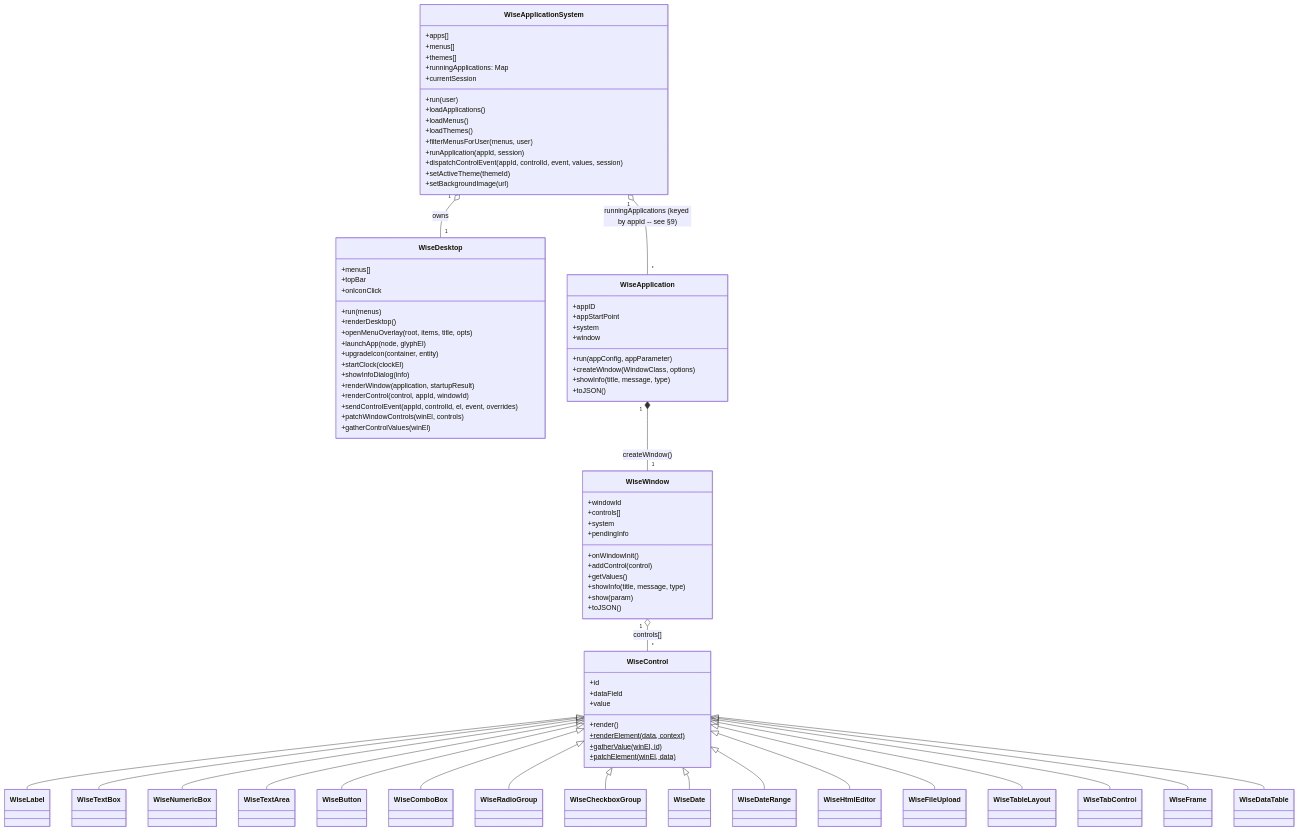
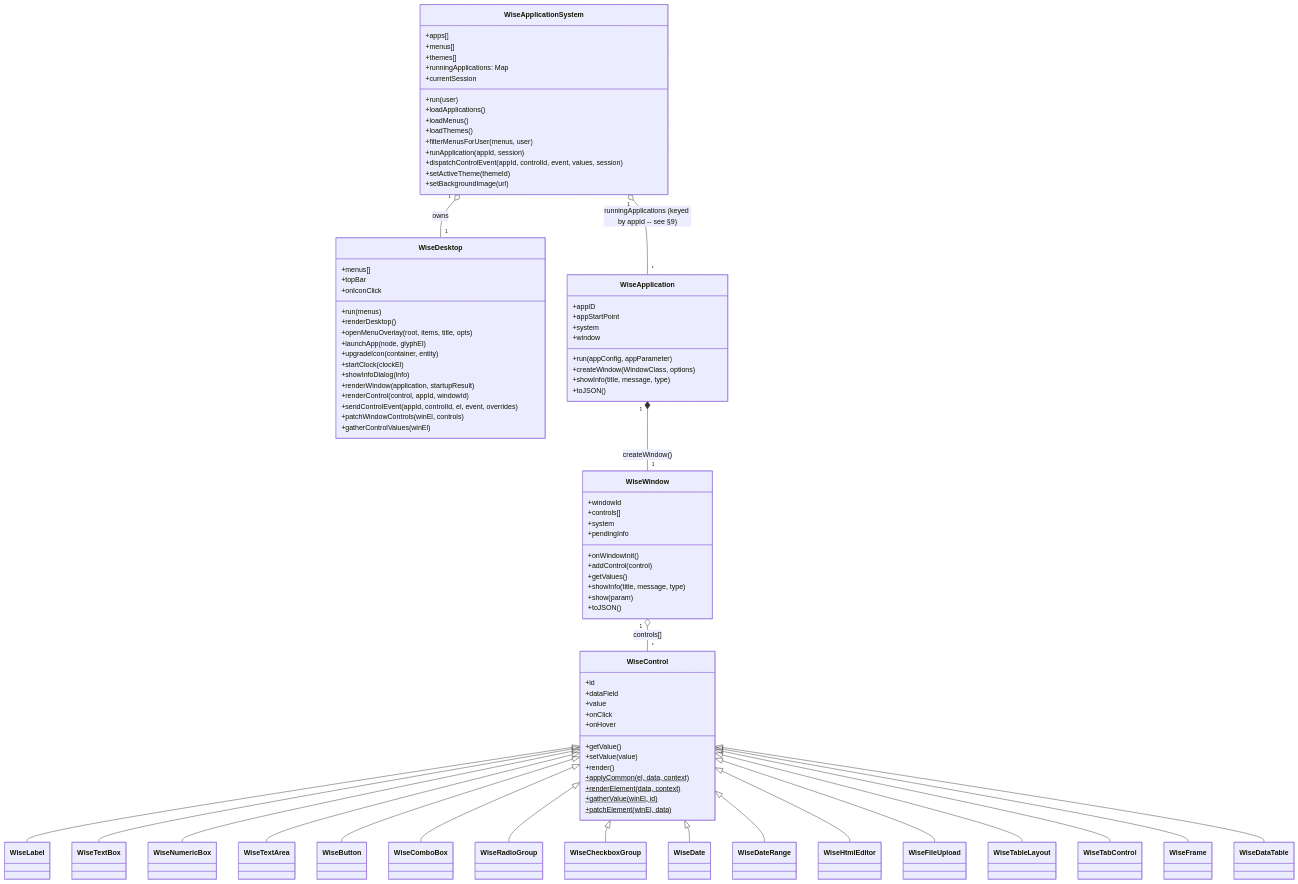
The fourth of 7 diagrams in docs/ARCHITECTURE.md (miftahul-huda/wiseape-application-system-v2), drawn with Mermaid before and after one commit. The commit also changed other lines of this file and 19 other files, not shown here.

```diff
--- a/docs/ARCHITECTURE.md
+++ b/docs/ARCHITECTURE.md
@@ -332,7 +368,12 @@
         +id
         +dataField
         +value
+        +onClick
+        +onHover
+        +getValue()
+        +setValue(value)
         +render()
+        +applyCommon(el, data, context)$
         +renderElement(data, context)$
         +gatherValue(winEl, id)$
         +patchElement(winEl, data)$
```
